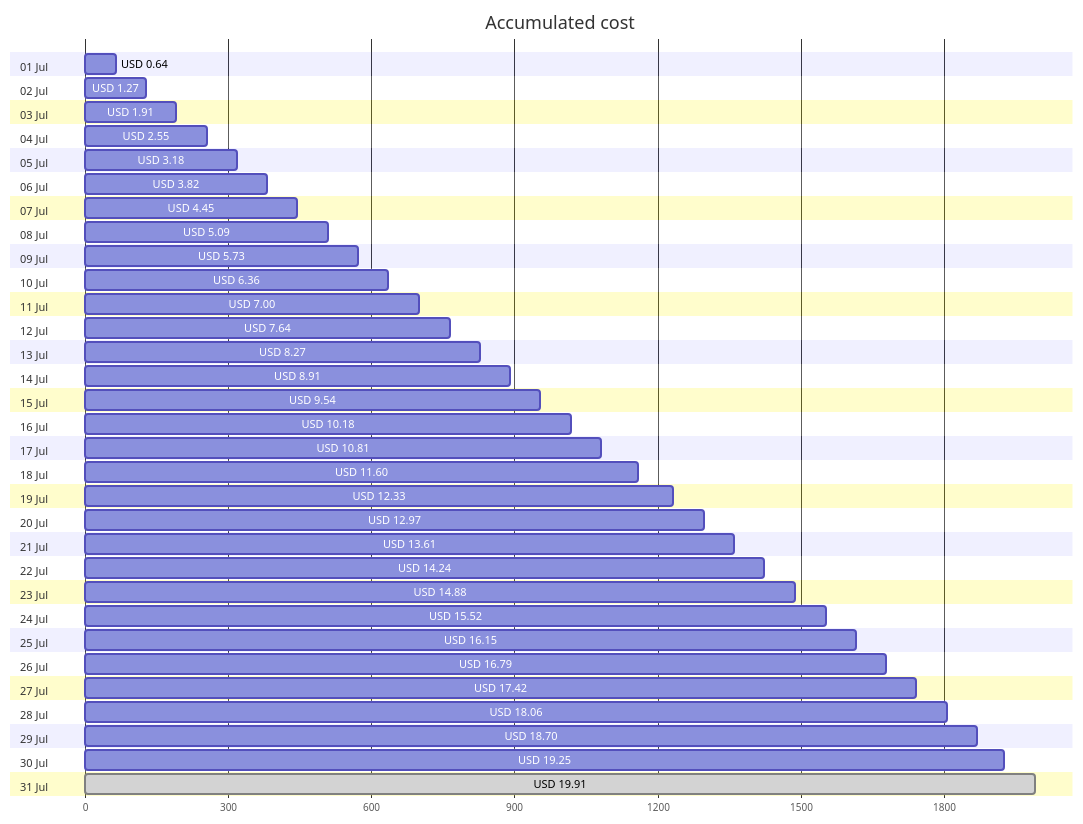
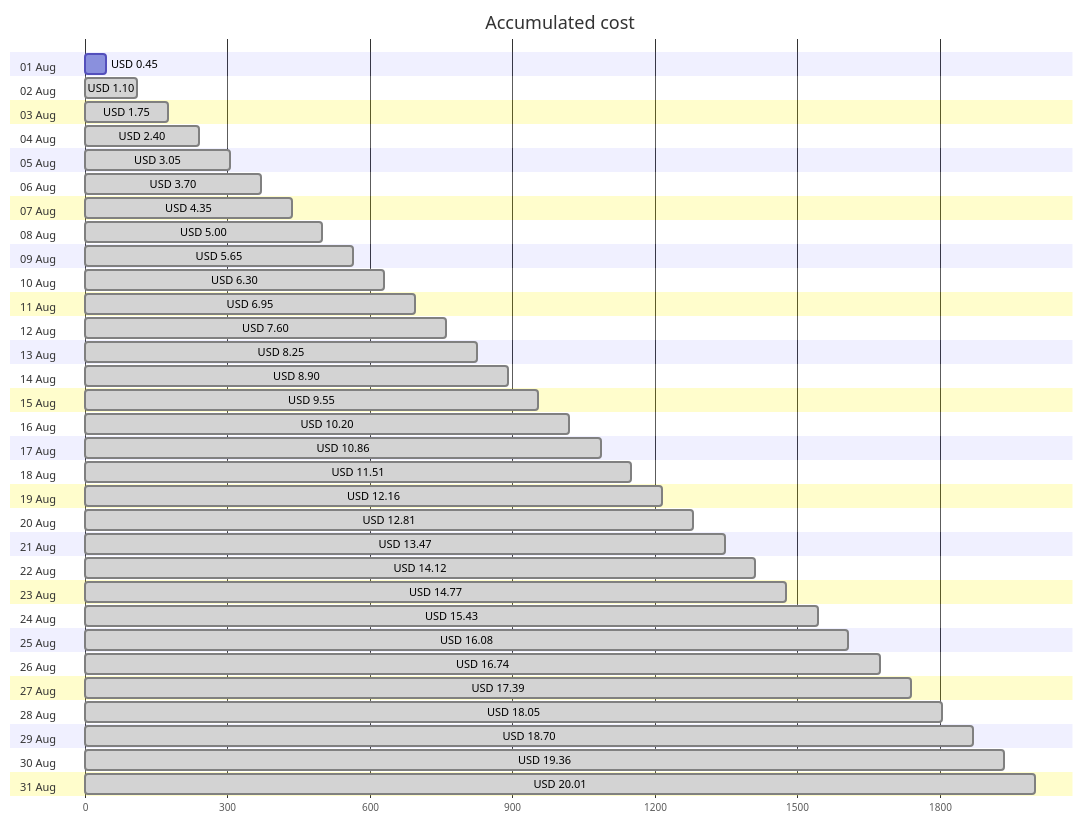
One commit to jpfulton/azure-personal-reports changed the first of 4 diagrams in cost-reports/accumulated-cost.md. Above: the diagram before and after it, drawn with Mermaid. The commit also changed other lines of this file and 4 other files, not shown here.

````diff
--- a/cost-reports/accumulated-cost.md
+++ b/cost-reports/accumulated-cost.md
@@ -20,68 +20,68 @@
 ```mermaid
 gantt
    title Accumulated cost
    dateFormat  X
    axisFormat %s
-   section 01 Jul
-   USD 0.64 :0, 64
-   section 02 Jul
-   USD 1.27 :0, 127
-   section 03 Jul
-   USD 1.91 :0, 191
-   section 04 Jul
-   USD 2.55 :0, 255
-   section 05 Jul
-   USD 3.18 :0, 318
-   section 06 Jul
-   USD 3.82 :0, 382
-   section 07 Jul
-   USD 4.45 :0, 445
-   section 08 Jul
-   USD 5.09 :0, 509
-   section 09 Jul
-   USD 5.73 :0, 573
-   section 10 Jul
-   USD 6.36 :0, 636
-   section 11 Jul
-   USD 7.00 :0, 700
-   section 12 Jul
-   USD 7.64 :0, 764
-   section 13 Jul
-   USD 8.27 :0, 827
-   section 14 Jul
-   USD 8.91 :0, 891
-   section 15 Jul
-   USD 9.54 :0, 954
-   section 16 Jul
-   USD 10.18 :0, 1018
-   section 17 Jul
-   USD 10.81 :0, 1081
-   section 18 Jul
-   USD 11.60 :0, 1160
-   section 19 Jul
-   USD 12.33 :0, 1233
-   section 20 Jul
-   USD 12.97 :0, 1297
-   section 21 Jul
-   USD 13.61 :0, 1361
-   section 22 Jul
-   USD 14.24 :0, 1424
-   section 23 Jul
-   USD 14.88 :0, 1488
-   section 24 Jul
-   USD 15.52 :0, 1552
-   section 25 Jul
-   USD 16.15 :0, 1615
-   section 26 Jul
-   USD 16.79 :0, 1679
-   section 27 Jul
-   USD 17.42 :0, 1742
-   section 28 Jul
-   USD 18.06 :0, 1806
-   section 29 Jul
-   USD 18.70 :0, 1870
-   section 30 Jul
-   USD 19.25 :0, 1925
-   section 31 Jul
-   USD 19.91 : done, 0, 1991
+   section 01 Aug
+   USD 0.45 :0, 45
+   section 02 Aug
+   USD 1.10 : done, 0, 110
+   section 03 Aug
+   USD 1.75 : done, 0, 175
+   section 04 Aug
+   USD 2.40 : done, 0, 240
+   section 05 Aug
+   USD 3.05 : done, 0, 305
+   section 06 Aug
+   USD 3.70 : done, 0, 370
+   section 07 Aug
+   USD 4.35 : done, 0, 435
+   section 08 Aug
+   USD 5.00 : done, 0, 500
+   section 09 Aug
+   USD 5.65 : done, 0, 565
+   section 10 Aug
+   USD 6.30 : done, 0, 630
+   section 11 Aug
+   USD 6.95 : done, 0, 695
+   section 12 Aug
+   USD 7.60 : done, 0, 760
+   section 13 Aug
+   USD 8.25 : done, 0, 825
+   section 14 Aug
+   USD 8.90 : done, 0, 890
+   section 15 Aug
+   USD 9.55 : done, 0, 955
+   section 16 Aug
+   USD 10.20 : done, 0, 1020
+   section 17 Aug
+   USD 10.86 : done, 0, 1086
+   section 18 Aug
+   USD 11.51 : done, 0, 1151
+   section 19 Aug
+   USD 12.16 : done, 0, 1216
+   section 20 Aug
+   USD 12.81 : done, 0, 1281
+   section 21 Aug
+   USD 13.47 : done, 0, 1347
+   section 22 Aug
+   USD 14.12 : done, 0, 1412
+   section 23 Aug
+   USD 14.77 : done, 0, 1477
+   section 24 Aug
+   USD 15.43 : done, 0, 1543
+   section 25 Aug
+   USD 16.08 : done, 0, 1608
+   section 26 Aug
+   USD 16.74 : done, 0, 1674
+   section 27 Aug
+   USD 17.39 : done, 0, 1739
+   section 28 Aug
+   USD 18.05 : done, 0, 1805
+   section 29 Aug
+   USD 18.70 : done, 0, 1870
+   section 30 Aug
+   USD 19.36 : done, 0, 1936
+   section 31 Aug
+   USD 20.01 : done, 0, 2001
 ```
````
